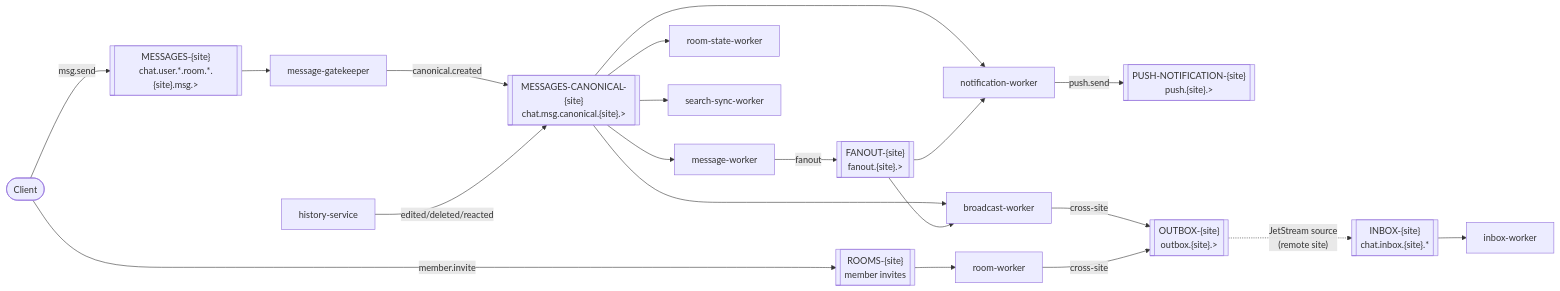
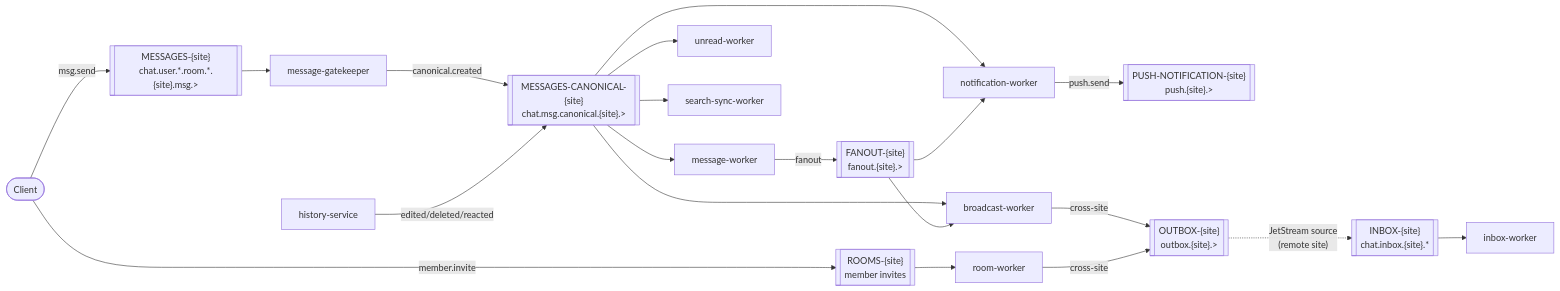
One commit to hmchangw/newchat changed the fourth of 5 diagrams in docs/architecture.md. Above: the diagram before and after it, drawn with Mermaid. The commit also changed other lines of this file and 34 other files, not shown here.

First line of the commit message:
Rename room-state-worker to unread-worker

````diff
--- a/docs/architecture.md
+++ b/docs/architecture.md
@@ -199,38 +199,38 @@
 ```mermaid
 flowchart LR
     Client(["Client"])
 
     MESSAGES[["MESSAGES-{site}<br/>chat.user.*.room.*.{site}.msg.&gt;"]]
     CANON[["MESSAGES-CANONICAL-{site}<br/>chat.msg.canonical.{site}.&gt;"]]
     FANOUT[["FANOUT-{site}<br/>fanout.{site}.&gt;"]]
     ROOMS[["ROOMS-{site}<br/>member invites"]]
     PUSH[["PUSH-NOTIFICATION-{site}<br/>push.{site}.&gt;"]]
     OUTBOX[["OUTBOX-{site}<br/>outbox.{site}.&gt;"]]
     INBOX[["INBOX-{site}<br/>chat.inbox.{site}.*"]]
 
     Client -->|msg.send| MESSAGES
     MESSAGES --> GK[message-gatekeeper]
     GK -->|canonical.created| CANON
 
     CANON --> MW[message-worker]
     CANON --> BW[broadcast-worker]
-    CANON --> RSW[room-state-worker]
+    CANON --> RSW[unread-worker]
     CANON --> NW[notification-worker]
     CANON --> SS[search-sync-worker]
 
     MW -->|fanout| FANOUT
     FANOUT --> BW
     FANOUT --> NW
 
     Client -->|member.invite| ROOMS
     ROOMS --> RW[room-worker]
 
     NW -->|push.send| PUSH
 
     BW -->|cross-site| OUTBOX
     RW -->|cross-site| OUTBOX
     OUTBOX -. "JetStream source<br/>(remote site)" .-> INBOX
     INBOX --> IW[inbox-worker]
 
     HS[history-service] -->|edited/deleted/reacted| CANON
 ```
````
